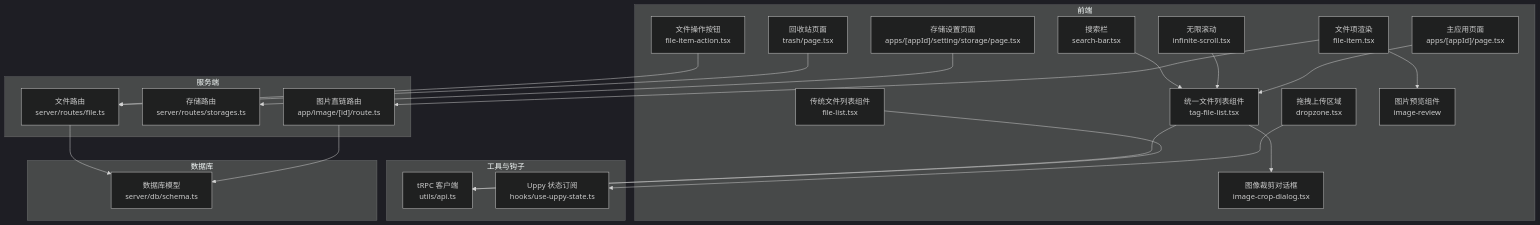
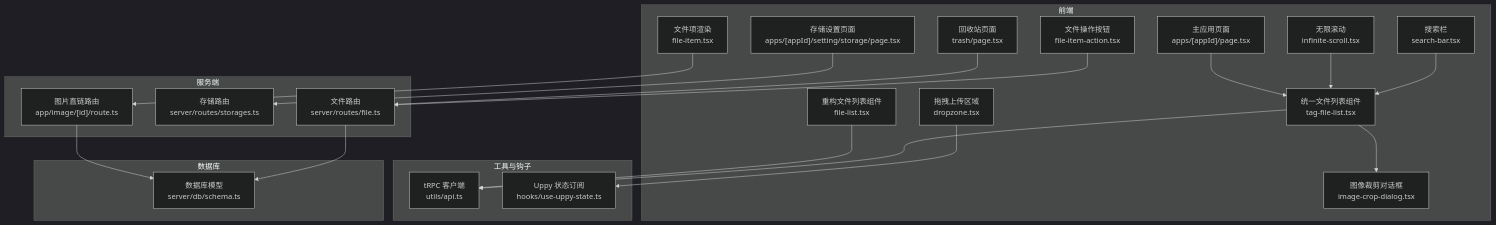
Before and after one commit to RadiumAg/image-saas: the first of 10 diagrams in .qoder/repowiki/zh/content/核心功能模块/文件管理系统/文件管理系统.md, drawn with Mermaid (dark theme). The commit also changed other lines of this file and 60 other files, not shown here.

````diff
--- a/.qoder/repowiki/zh/content/核心功能模块/文件管理系统/文件管理系统.md
+++ b/.qoder/repowiki/zh/content/核心功能模块/文件管理系统/文件管理系统.md
@@ -67,43 +59,41 @@
 ```mermaid
 graph TB
 subgraph "前端"
 TFL["统一文件列表组件<br/>tag-file-list.tsx"]
-FL["传统文件列表组件<br/>file-list.tsx"]
+FL["重构文件列表组件<br/>file-list.tsx"]
 DZ["拖拽上传区域<br/>dropzone.tsx"]
 SB["搜索栏<br/>search-bar.tsx"]
 IS["无限滚动<br/>infinite-scroll.tsx"]
 FA["文件操作按钮<br/>file-item-action.tsx"]
 FI["文件项渲染<br/>file-item.tsx"]
 ICD["图像裁剪对话框<br/>image-crop-dialog.tsx"]
-IR["图片预览组件<br/>image-review"]
 APP["主应用页面<br/>apps/[appId]/page.tsx"]
 TS["回收站页面<br/>trash/page.tsx"]
 SS["存储设置页面<br/>apps/[appId]/setting/storage/page.tsx"]
 end
 subgraph "工具与钩子"
 API["tRPC 客户端<br/>utils/api.ts"]
 UU["Uppy 状态订阅<br/>hooks/use-uppy-state.ts"]
 end
 subgraph "服务端"
 RF["文件路由<br/>server/routes/file.ts"]
 RS["存储路由<br/>server/routes/storages.ts"]
 IMG["图片直链路由<br/>app/image/[id]/route.ts"]
 end
 subgraph "数据库"
 SCHEMA["数据库模型<br/>server/db/schema.ts"]
 end
 DZ --> UU
 TFL --> API
 TFL --> ICD
 FL --> API
 SB --> TFL
 IS --> TFL
 FA --> RF
-FI --> IR
 FI --> IMG
 TS --> RF
 SS --> RS
 RF --> SCHEMA
 IMG --> SCHEMA
 APP --> TFL
 ```
````
